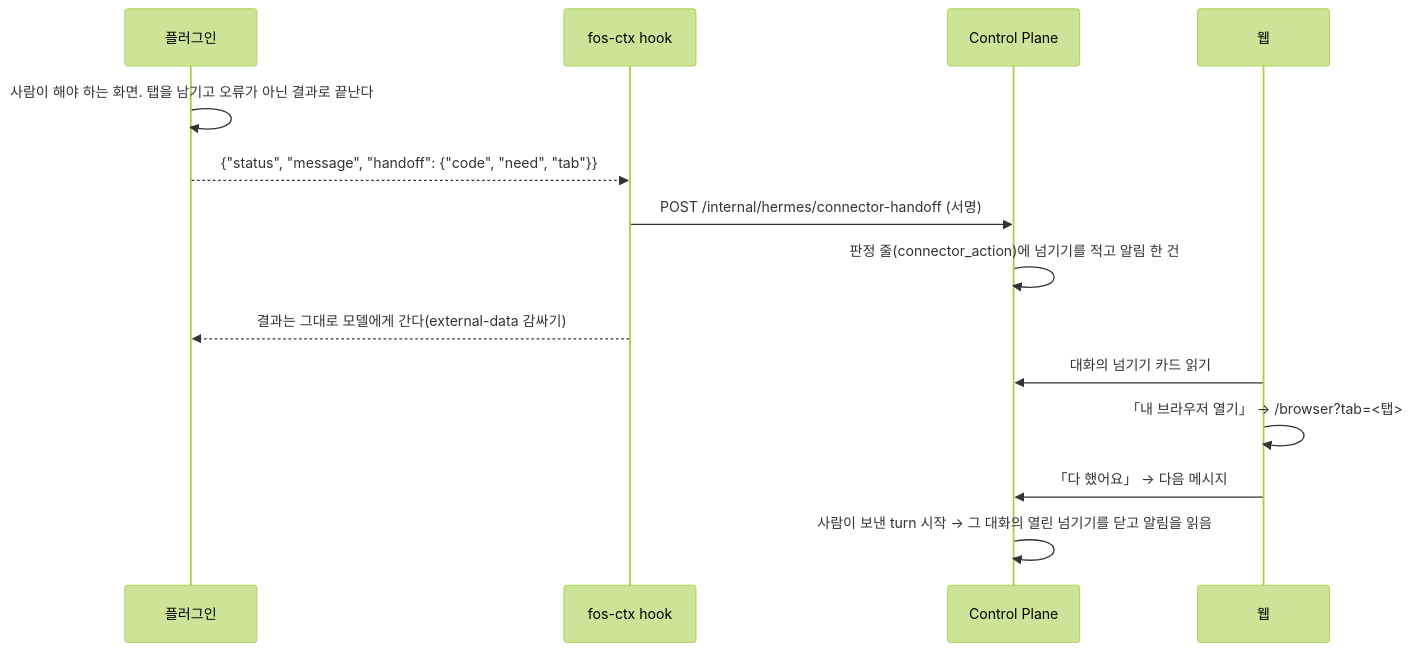
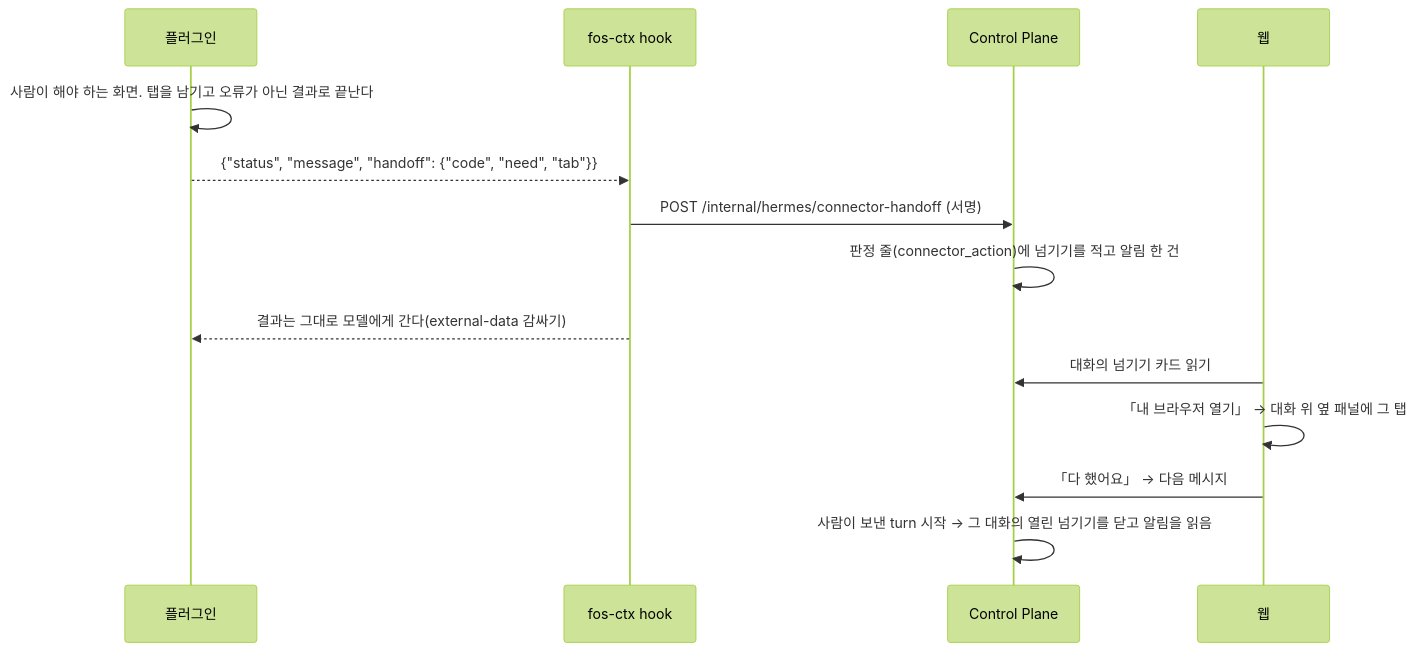
The diagram in docs/features/naver-shopping/design.md (jon890/fos-assistant), drawn with Mermaid (forest theme) before and after one commit. The commit also changed other lines of this file and 1 other file, not shown here.

Commit message:
docs(docs): 네이버 쇼핑 설계의 「내 브라우저 열기」 를 대화 위 패널로 고치고 새 카드 판정의 한계를 적는다

````diff
--- a/docs/features/naver-shopping/design.md
+++ b/docs/features/naver-shopping/design.md
@@ -228,20 +228,20 @@
 ```mermaid
 ---
 config:
   look: handDrawn
 ---
 sequenceDiagram
   participant P as 플러그인
   participant H as fos-ctx hook
   participant CP as Control Plane
   participant W as 웹
   P->>P: 사람이 해야 하는 화면. 탭을 남기고 오류가 아닌 결과로 끝난다
   P-->>H: {"status", "message", "handoff": {"code", "need", "tab"}}
   H->>CP: POST /internal/hermes/connector-handoff (서명)
   CP->>CP: 판정 줄(connector_action)에 넘기기를 적고 알림 한 건
   H-->>P: 결과는 그대로 모델에게 간다(external-data 감싸기)
   W->>CP: 대화의 넘기기 카드 읽기
-  W->>W: 「내 브라우저 열기」 → /browser?tab=<탭>
+  W->>W: 「내 브라우저 열기」 → 대화 위 옆 패널에 그 탭
   W->>CP: 「다 했어요」 → 다음 메시지
   CP->>CP: 사람이 보낸 turn 시작 → 그 대화의 열린 넘기기를 닫고 알림을 읽음
 ```
````
